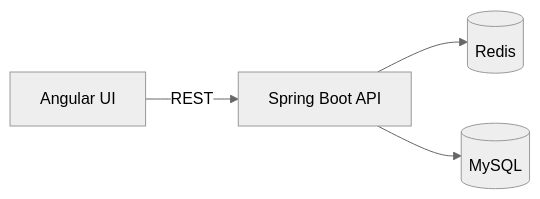
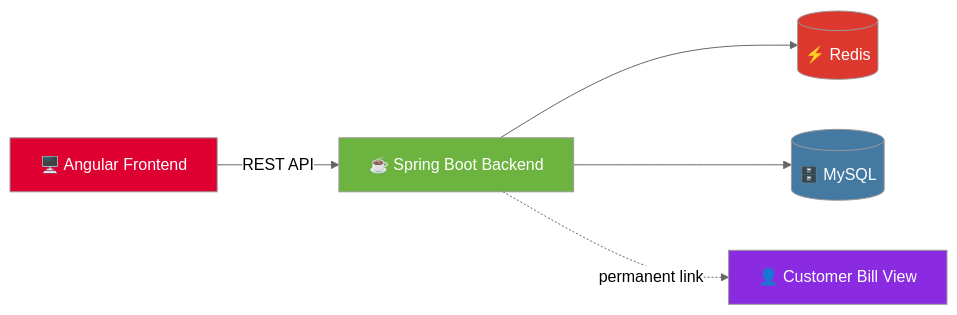
The second of 2 diagrams in README.md (sanishil/sanishil), drawn with Mermaid (neutral theme) before and after one commit. The commit also changed other lines of this file, not shown here.

````diff
--- a/README.md
+++ b/README.md
@@ -122,6 +156,12 @@
 ```mermaid
 flowchart LR
-    U[Angular UI] -->|REST| S[Spring Boot API]
-    S --> R[(Redis)]
-    S --> M[(MySQL)]
+    U["🖥️ Angular Frontend"] -->|REST API| S["☕ Spring Boot Backend"]
+    S --> R[("⚡ Redis")]
+    S --> M[("🗄️ MySQL")]
+    S -.->|permanent link| C["👤 Customer Bill View"]
+    style U fill:#DD0031,color:#fff
+    style S fill:#6DB33F,color:#fff
+    style R fill:#DC382D,color:#fff
+    style M fill:#4479A1,color:#fff
+    style C fill:#8a2be2,color:#fff
 ```
````
